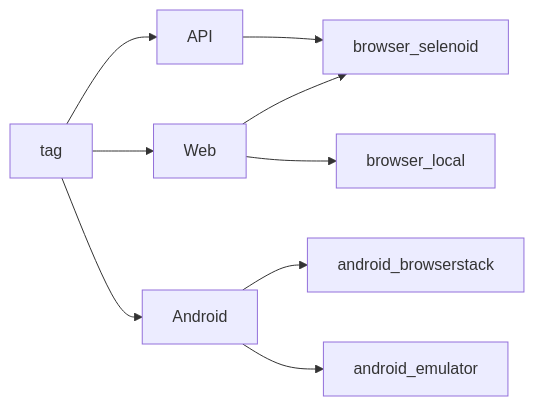
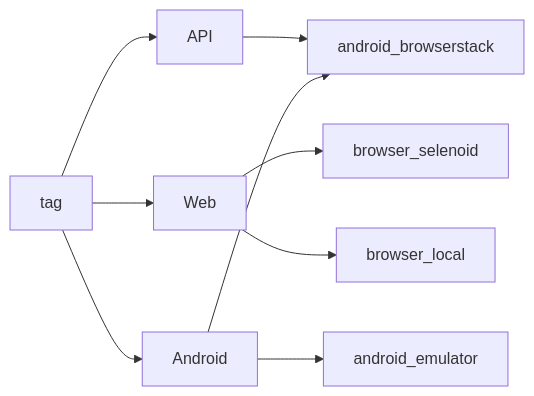
One commit to xeleron88/dostavka.magnit.ru_UI_API_MOBILE_test changed the diagram in README.md. Above: the diagram before and after it, drawn with Mermaid.

````diff
--- a/README.md
+++ b/README.md
@@ -97,11 +97,11 @@
 ```mermaid
 graph LR
 A[tag] --> B[API]
-B --> E[api]
+B --> G[api]
 A --> C[Web]
 A --> D[Android]
 C --> E[browser_selenoid]
 C --> F[browser_local]
 D --> G[android_browserstack]
 D --> H[android_emulator]
 ```
````
